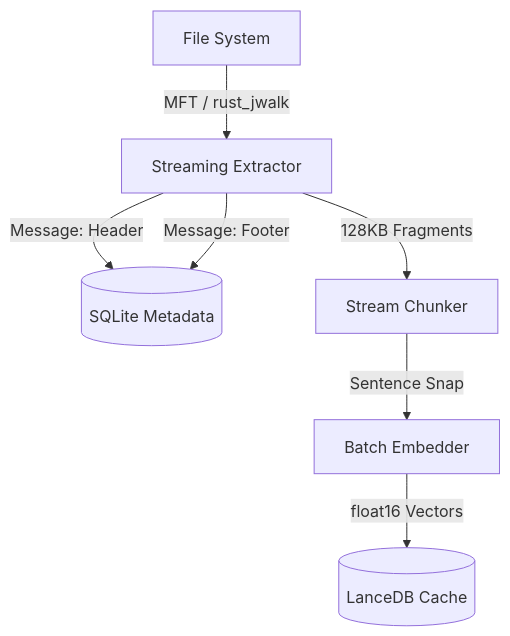
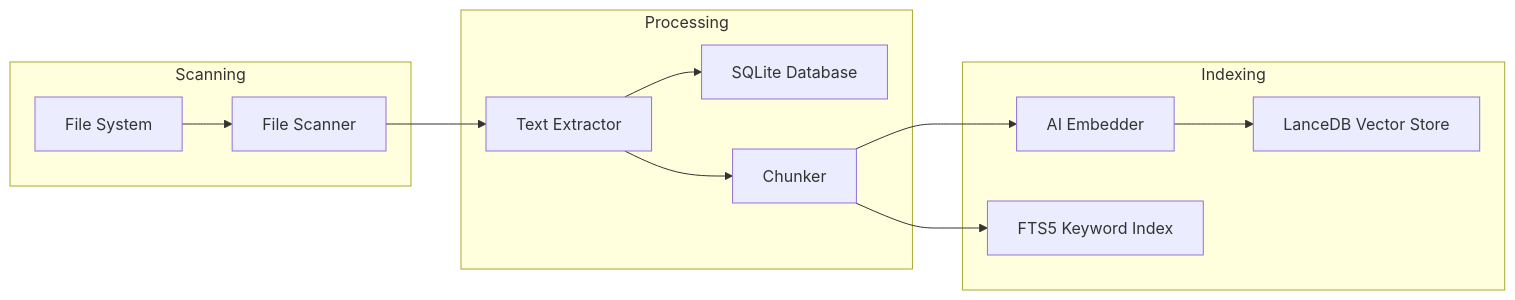
The first of 2 diagrams in README.md (Binitpyro/Personal_Memory_Assistant), drawn with Mermaid before and after one commit. The commit also changed other lines of this file and 190 other files, not shown here.

````diff
--- a/README.md
+++ b/README.md
@@ -20,9 +100,18 @@
 ```mermaid
-graph TD
-    A[File System] -->|MFT / rust_jwalk| B[Streaming Extractor]
-    B -->|Message: Header| C[(SQLite Metadata)]
-    B -->|128KB Fragments| D[Stream Chunker]
-    D -->|Sentence Snap| E[Batch Embedder]
-    E -->|float16 Vectors| F[(LanceDB Cache)]
-    B -->|Message: Footer| C
+graph LR
+    subgraph "Scanning"
+        A[File System] --> B[File Scanner]
+    end
+    
+    subgraph "Processing"
+        B --> C[Text Extractor]
+        C --> D[SQLite Database]
+        C --> E[Chunker]
+    end
+    
+    subgraph "Indexing"
+        E --> F[AI Embedder]
+        F --> G[LanceDB Vector Store]
+        E --> H[FTS5 Keyword Index]
+    end
 ```
````
